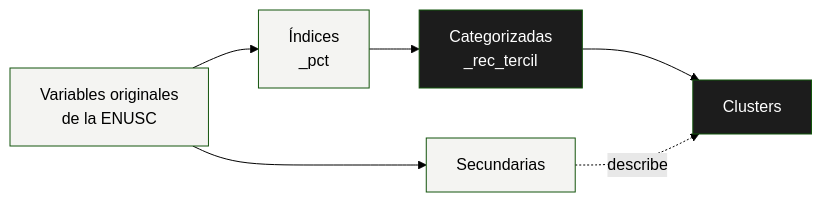
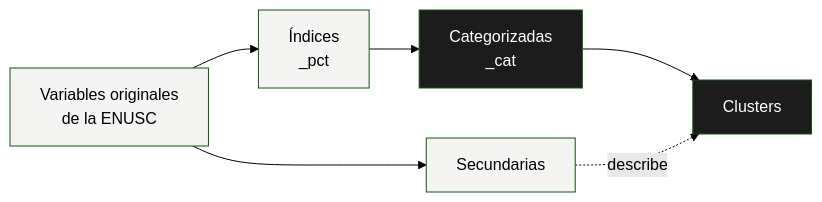
Before and after one commit to Martin-Venegas-M/2026_pnud_miedo: the diagram in web/metadata.qmd, drawn with Mermaid (forest theme). The commit also changed other lines of this file and 44 other files, not shown here.

````diff
--- a/web/metadata.qmd
+++ b/web/metadata.qmd
@@ -26,14 +26,14 @@
 ```{mermaid}
 flowchart LR
     A[Variables originales<br/>de la ENUSC] --> B[Índices<br/>_pct]
-    B --> C[Categorizadas<br/>_rec_tercil]
+    B --> C[Categorizadas<br/>_cat]
     C --> D[Clusters]
     A --> E[Secundarias]
     E -.describe.-> D
 
     style A fill:#f4f4f2
     style B fill:#f4f4f2
     style C fill:#1c1c1c,color:#fff
     style D fill:#1c1c1c,color:#fff
     style E fill:#f4f4f2
 ```
````
